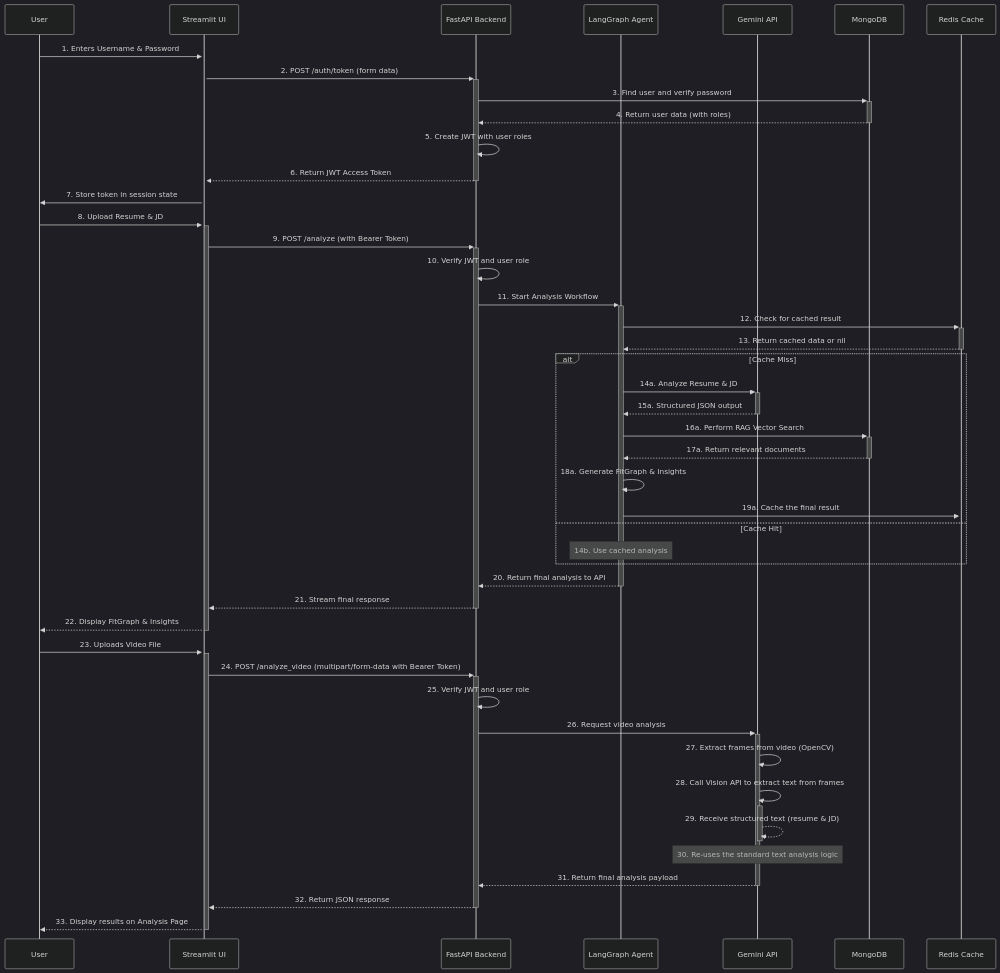
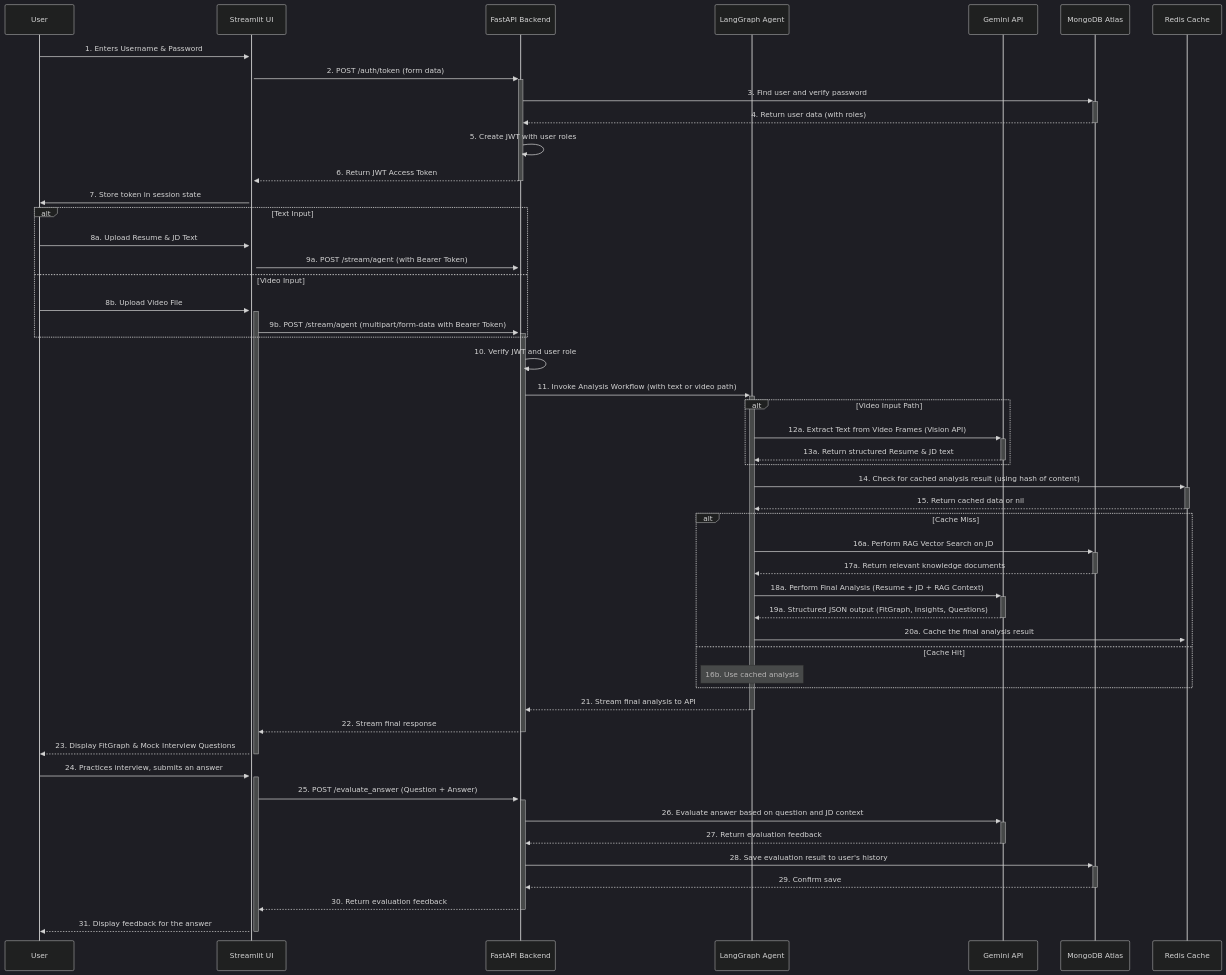
One commit to nirajmind/CareerPilot changed the diagram in docs/end-to-end-flow.mmd. Above: the diagram before and after it, drawn with Mermaid (dark theme). The commit also changed 1 other file, not shown here.

Commit message:
Changed flow diagram based on new code changes
Changed flow diagram based on new code changes

````diff
--- a/docs/end-to-end-flow.mmd
+++ b/docs/end-to-end-flow.mmd
@@ -1,64 +1,68 @@
 ```mermaid
 sequenceDiagram
     participant User
     participant StreamlitUI as Streamlit UI
     participant FastAPI as FastAPI Backend
     participant Agent as LangGraph Agent
     participant Gemini as Gemini API
-    participant MongoDB as MongoDB
+    participant MongoDB as MongoDB Atlas
     participant Redis as Redis Cache
 
-    %% Authentication Flow %%
+    %% Authentication Flow (Stays the same) %%
     User->>+StreamlitUI: 1. Enters Username & Password
     StreamlitUI->>+FastAPI: 2. POST /auth/token (form data)
     FastAPI->>+MongoDB: 3. Find user and verify password
     MongoDB-->>-FastAPI: 4. Return user data (with roles)
     FastAPI->>FastAPI: 5. Create JWT with user roles
     FastAPI-->>-StreamlitUI: 6. Return JWT Access Token
     StreamlitUI->>User: 7. Store token in session state
 
-    %% Main Application Flow (Authenticated) %%
-    User->>+StreamlitUI: 8. Upload Resume & JD
-    StreamlitUI->>+FastAPI: 9. POST /analyze (with Bearer Token)
+    %% Main Analysis Flow (Text or Video) %%
+    alt Text Input
+        User->>+StreamlitUI: 8a. Upload Resume & JD Text
+        StreamlitUI->>+FastAPI: 9a. POST /stream/agent (with Bearer Token)
+    else Video Input
+        User->>+StreamlitUI: 8b. Upload Video File
+        StreamlitUI->>+FastAPI: 9b. POST /stream/agent (multipart/form-data with Bearer Token)
+    end
     
     FastAPI->>FastAPI: 10. Verify JWT and user role
-    FastAPI->>+Agent: 11. Start Analysis Workflow
+    FastAPI->>+Agent: 11. Invoke Analysis Workflow (with text or video path)
     
-    Agent->>+Redis: 12. Check for cached result
-    Redis-->>-Agent: 13. Return cached data or nil
+    alt Video Input Path
+        Agent->>+Gemini: 12a. Extract Text from Video Frames (Vision API)
+        Gemini-->>-Agent: 13a. Return structured Resume & JD text
+    end
+
+    Agent->>+Redis: 14. Check for cached analysis result (using hash of content)
+    Redis-->>-Agent: 15. Return cached data or nil
     
     alt Cache Miss
-        Agent->>+Gemini: 14a. Analyze Resume & JD
-        Gemini-->>-Agent: 15a. Structured JSON output
+        Agent->>+MongoDB: 16a. Perform RAG Vector Search on JD
+        MongoDB-->>-Agent: 17a. Return relevant knowledge documents
         
-        Agent->>+MongoDB: 16a. Perform RAG Vector Search
-        MongoDB-->>-Agent: 17a. Return relevant documents
+        Agent->>+Gemini: 18a. Perform Final Analysis (Resume + JD + RAG Context)
+        Gemini-->>-Agent: 19a. Structured JSON output (FitGraph, Insights, Questions)
         
-        Agent->>Agent: 18a. Generate FitGraph & Insights
-        
-        Agent->>+Redis: 19a. Cache the final result
+        Agent->>+Redis: 20a. Cache the final analysis result
     else Cache Hit
-        Note over Agent: 14b. Use cached analysis
+        Note over Agent: 16b. Use cached analysis
     end
 
-    Agent-->>-FastAPI: 20. Return final analysis to API
-    FastAPI-->>-StreamlitUI: 21. Stream final response
-    StreamlitUI-->>-User: 22. Display FitGraph & Insights
+    Agent-->>-FastAPI: 21. Stream final analysis to API
+    FastAPI-->>-StreamlitUI: 22. Stream final response
+    StreamlitUI-->>-User: 23. Display FitGraph & Mock Interview Questions
     
-    %% Video Analysis Flow (Authenticated) %%
-    User->>+StreamlitUI: 23. Uploads Video File
-    StreamlitUI->>+FastAPI: 24. POST /analyze_video (multipart/form-data with Bearer Token)
+    %% Mock Interview Evaluation Flow %%
+    User->>+StreamlitUI: 24. Practices interview, submits an answer
+    StreamlitUI->>+FastAPI: 25. POST /evaluate_answer (Question + Answer)
     
-    FastAPI->>FastAPI: 25. Verify JWT and user role
-    FastAPI->>+Gemini: 26. Request video analysis
+    FastAPI->>+Gemini: 26. Evaluate answer based on question and JD context
+    Gemini-->>-FastAPI: 27. Return evaluation feedback
     
-    Gemini->>Gemini: 27. Extract frames from video (OpenCV)
-    Gemini->>+Gemini: 28. Call Vision API to extract text from frames
-    Gemini-->>-Gemini: 29. Receive structured text (resume & JD)
+    FastAPI->>+MongoDB: 28. Save evaluation result to user's history
+    MongoDB-->>-FastAPI: 29. Confirm save
     
-    Note over Gemini: 30. Re-uses the standard text analysis logic
-    
-    Gemini-->>-FastAPI: 31. Return final analysis payload
-    FastAPI-->>-StreamlitUI: 32. Return JSON response
-    StreamlitUI-->>-User: 33. Display results on Analysis Page
+    FastAPI-->>-StreamlitUI: 30. Return evaluation feedback
+    StreamlitUI-->>-User: 31. Display feedback for the answer
 ```
````
